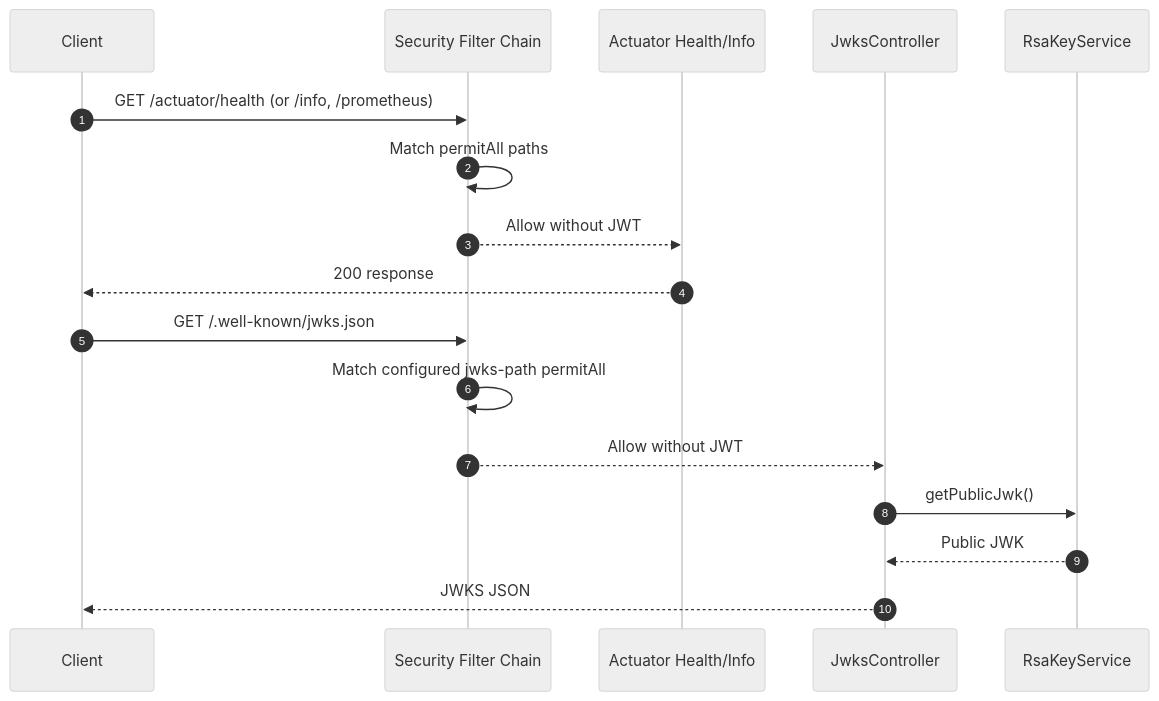
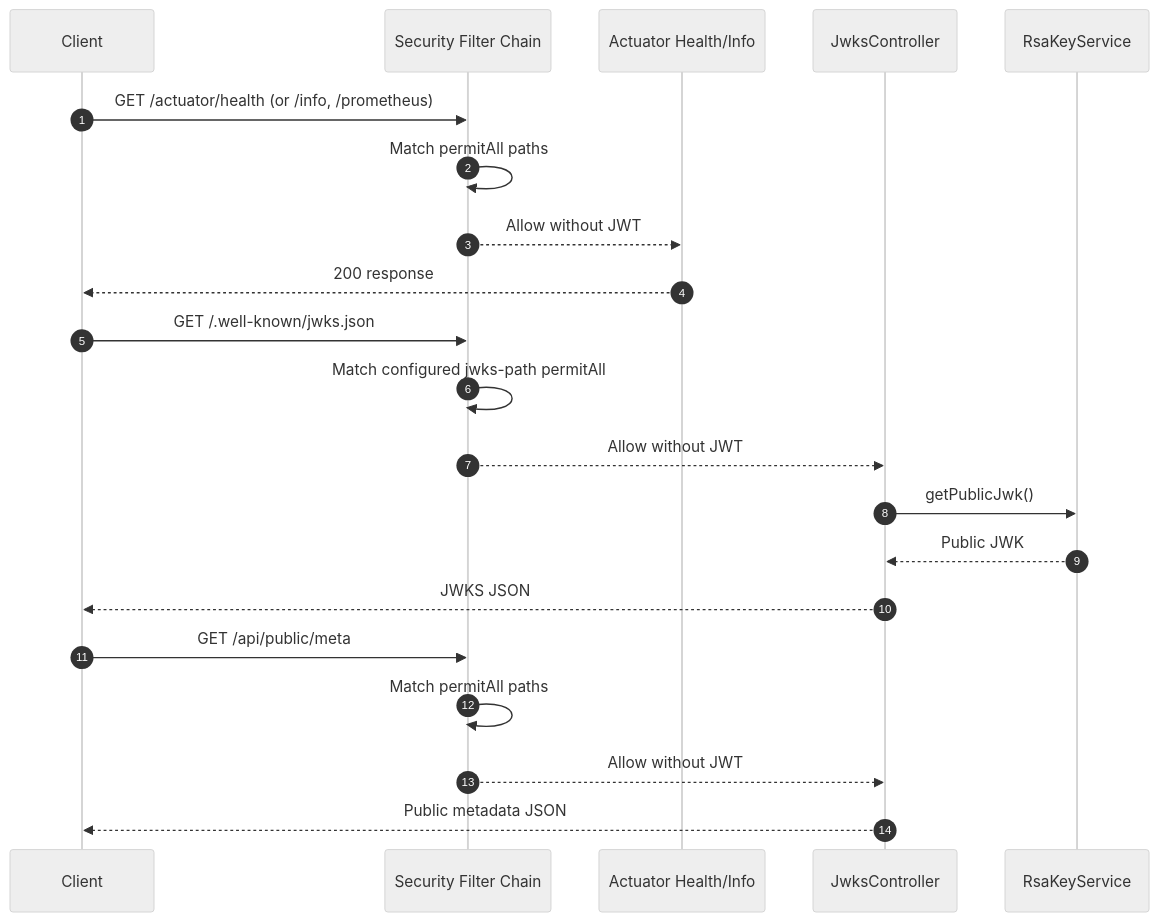
One commit to RainyinSaiGon/Authlyn changed the second of 3 diagrams in docs/architecture/current-implemented-flows.md. Above: the diagram before and after it, drawn with Mermaid (neutral theme). The commit also changed other lines of this file and 32 other files, not shown here.

````diff
--- a/docs/architecture/current-implemented-flows.md
+++ b/docs/architecture/current-implemented-flows.md
@@ -55,21 +57,26 @@
 ```mermaid
 sequenceDiagram
     autonumber
     participant U as Client
     participant SF as Security Filter Chain
     participant HC as Actuator Health/Info
     participant JC as JwksController
     participant RS as RsaKeyService
 
     U->>SF: GET /actuator/health (or /info, /prometheus)
     SF->>SF: Match permitAll paths
     SF-->>HC: Allow without JWT
     HC-->>U: 200 response
 
     U->>SF: GET /.well-known/jwks.json
     SF->>SF: Match configured jwks-path permitAll
     SF-->>JC: Allow without JWT
     JC->>RS: getPublicJwk()
     RS-->>JC: Public JWK
     JC-->>U: JWKS JSON
+
+    U->>SF: GET /api/public/meta
+    SF->>SF: Match permitAll paths
+    SF-->>JC: Allow without JWT
+    JC-->>U: Public metadata JSON
 ```
````
